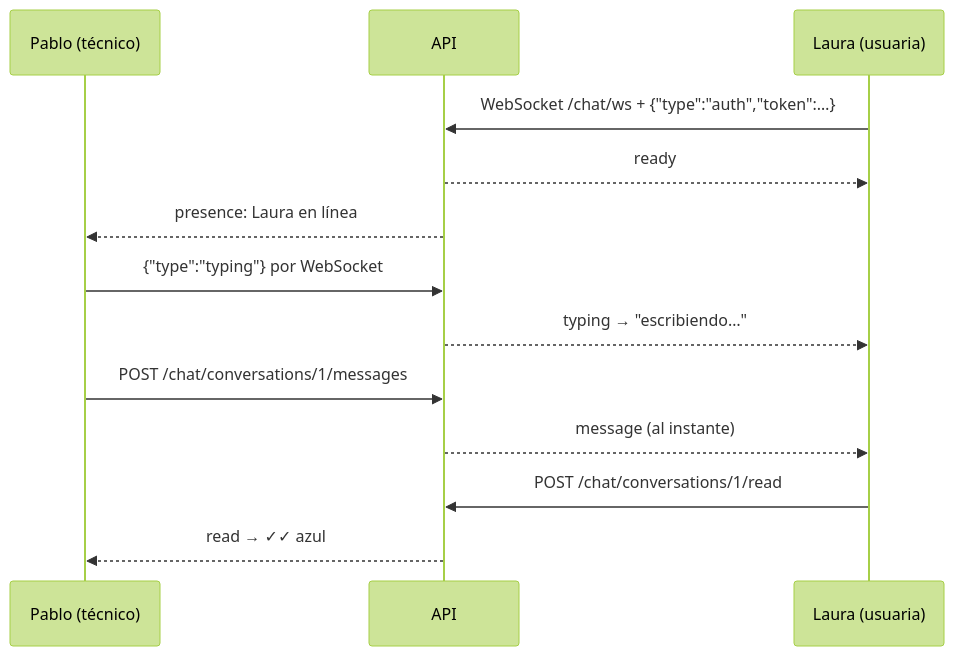
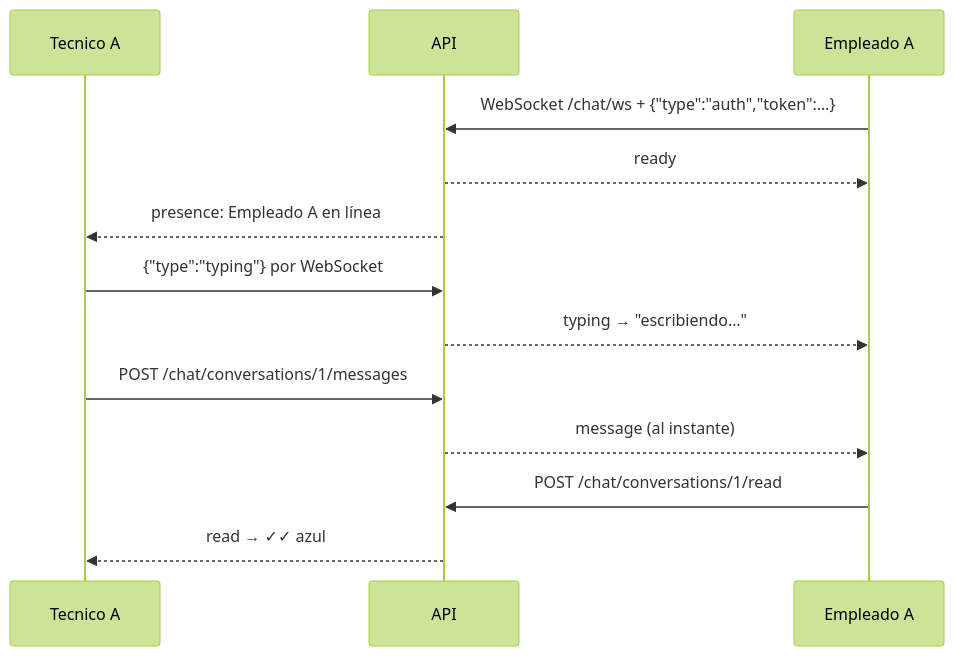
Before and after one commit to Alberto-AS1026/helpdesk-ticketing-system: the third of 4 diagrams in README.md, drawn with Mermaid (forest theme). The commit also changed other lines of this file and 19 other files, not shown here.

````diff
--- a/README.md
+++ b/README.md
@@ -231,16 +233,16 @@
 ```mermaid
 sequenceDiagram
-    participant P as Pablo (técnico)
+    participant P as Tecnico A
     participant API as API
-    participant L as Laura (usuaria)
+    participant L as Empleado A
 
     L->>API: WebSocket /chat/ws + {"type":"auth","token":…}
     API-->>L: ready
-    API-->>P: presence: Laura en línea
+    API-->>P: presence: Empleado A en línea
     P->>API: {"type":"typing"} por WebSocket
     API-->>L: typing → "escribiendo…"
     P->>API: POST /chat/conversations/1/messages
     API-->>L: message (al instante)
     L->>API: POST /chat/conversations/1/read
     API-->>P: read → ✓✓ azul
 ```
````
